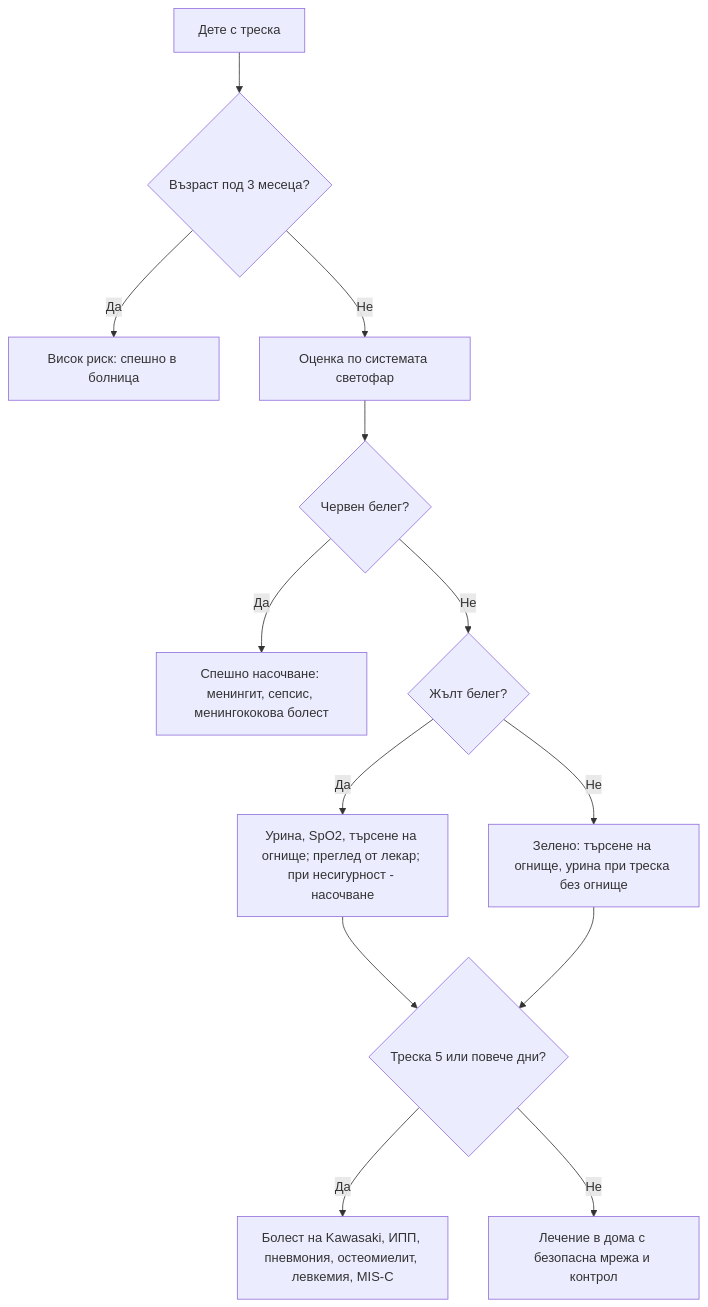
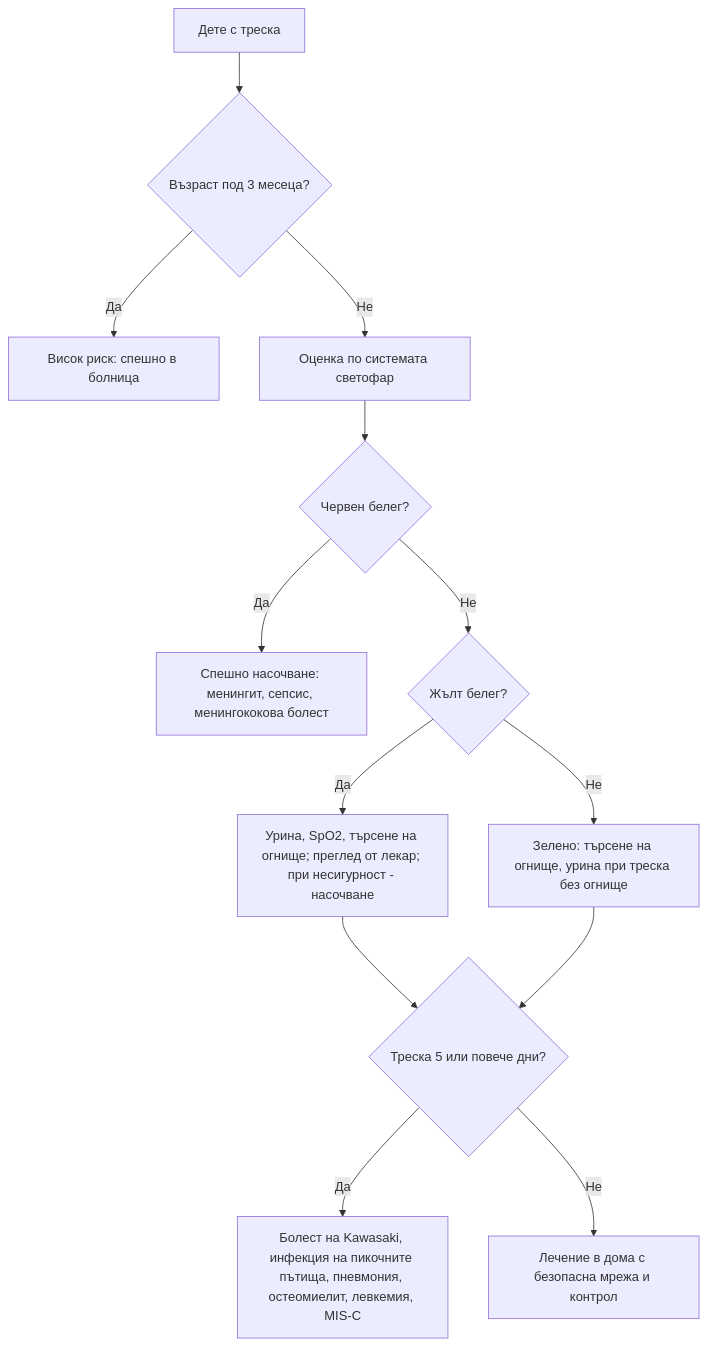
The diagram in glavi/68-treska-dete.md (yancho26/yancho), drawn with Mermaid before and after one commit. The commit also changed 46 other files, not shown here.

````diff
--- a/glavi/68-treska-dete.md
+++ b/glavi/68-treska-dete.md
@@ -142,15 +142,15 @@
 ```mermaid
 flowchart TD
     A["Дете с треска"] --> B{"Възраст под 3 месеца?"}
     B -->|Да| C["Висок риск: спешно в болница"]
     B -->|Не| D["Оценка по системата светофар"]
     D --> E{"Червен белег?"}
     E -->|Да| F["Спешно насочване: менингит, сепсис, менингококова болест"]
     E -->|Не| G{"Жълт белег?"}
     G -->|Да| H["Урина, SpO2, търсене на огнище; преглед от лекар; при несигурност - насочване"]
     G -->|Не| I["Зелено: търсене на огнище, урина при треска без огнище"]
     H --> J{"Треска 5 или повече дни?"}
     I --> J
-    J -->|Да| K["Болест на Kawasaki, ИПП, пневмония, остеомиелит, левкемия, MIS-C"]
+    J -->|Да| K["Болест на Kawasaki, инфекция на пикочните пътища, пневмония, остеомиелит, левкемия, MIS-C"]
     J -->|Не| L["Лечение в дома с безопасна мрежа и контрол"]
 ```
````
